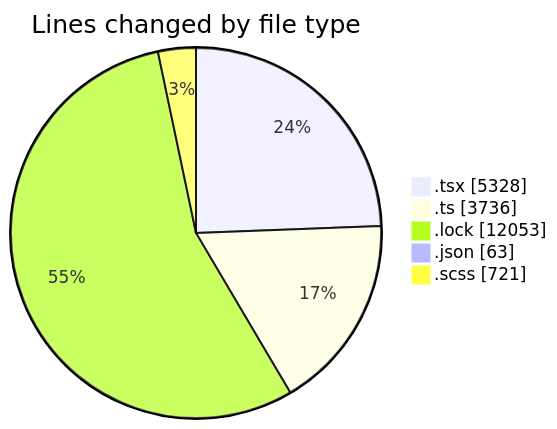
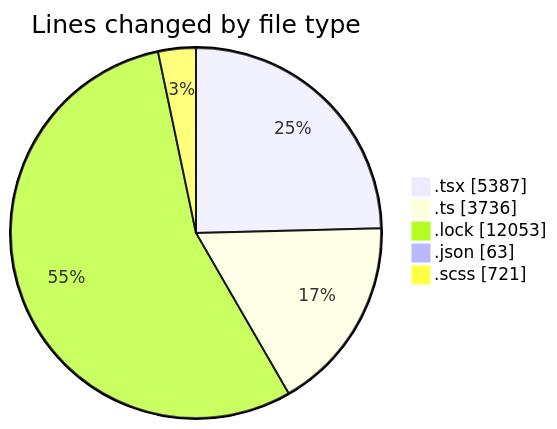
One commit to momahboobian/code-tracking changed the first of 2 diagrams in 2025-12-03/cda/README.md. Above: the diagram before and after it, drawn with Mermaid. The commit also changed other lines of this file and 1 other file, not shown here.

````diff
--- a/2025-12-03/cda/README.md
+++ b/2025-12-03/cda/README.md
@@ -32,9 +32,9 @@
 ```mermaid
 pie showData
 title Lines changed by file type
-".tsx" : 5328
+".tsx" : 5387
 ".ts" : 3736
 ".lock" : 12053
 ".json" : 63
 ".scss" : 721
 ```
````
